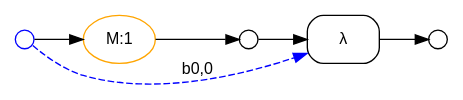
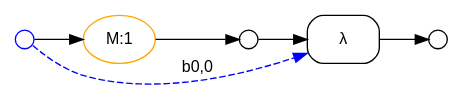
The diagram in safety_safe_metavar.dot (ammatsui/bhypvis), drawn with Graphviz before and after one commit. The commit also changed other lines of this file and 996 other files, not shown here.

```diff
--- a/safety_safe_metavar.dot
+++ b/safety_safe_metavar.dot
@@ -1,25 +1,25 @@
 digraph G {
   fontname="Helvetica"
   fontsize=12
   rankdir=LR;
   node [fontname="Helvetica", fontsize=12];
   edge [fontname="Helvetica", fontsize=12];
 
   // Nodes
+  n1 [label="", shape=circle, style=filled, fillcolor=white, color="black", width=0.2, height=0.2, fixedsize=true];
   n0 [label="", shape=circle, style=filled, fillcolor=white, color="blue", width=0.2, height=0.2, fixedsize=true];
-  n1 [label="", shape=circle, style=filled, fillcolor=white, color="black", width=0.2, height=0.2, fixedsize=true];
   n2 [label="", shape=circle, style=filled, fillcolor=white, color="black", width=0.2, height=0.2, fixedsize=true];
 
   // Hyperedges
   e0 [label="M:1", shape=ellipse, style=rounded, color="orange"];
   e1 [label="λ", shape=box, style=rounded, color="black"];
 
   // Source connections
   n0 -> e0 [label=""];
   n1 -> e1 [label=""];
   n0 -> e1 [style=dashed, color="blue", constraint=false, label="b0,0"];
 
   // Target connections
   e0 -> n1 [label=""];
   e1 -> n2 [label=""];
 }
```
